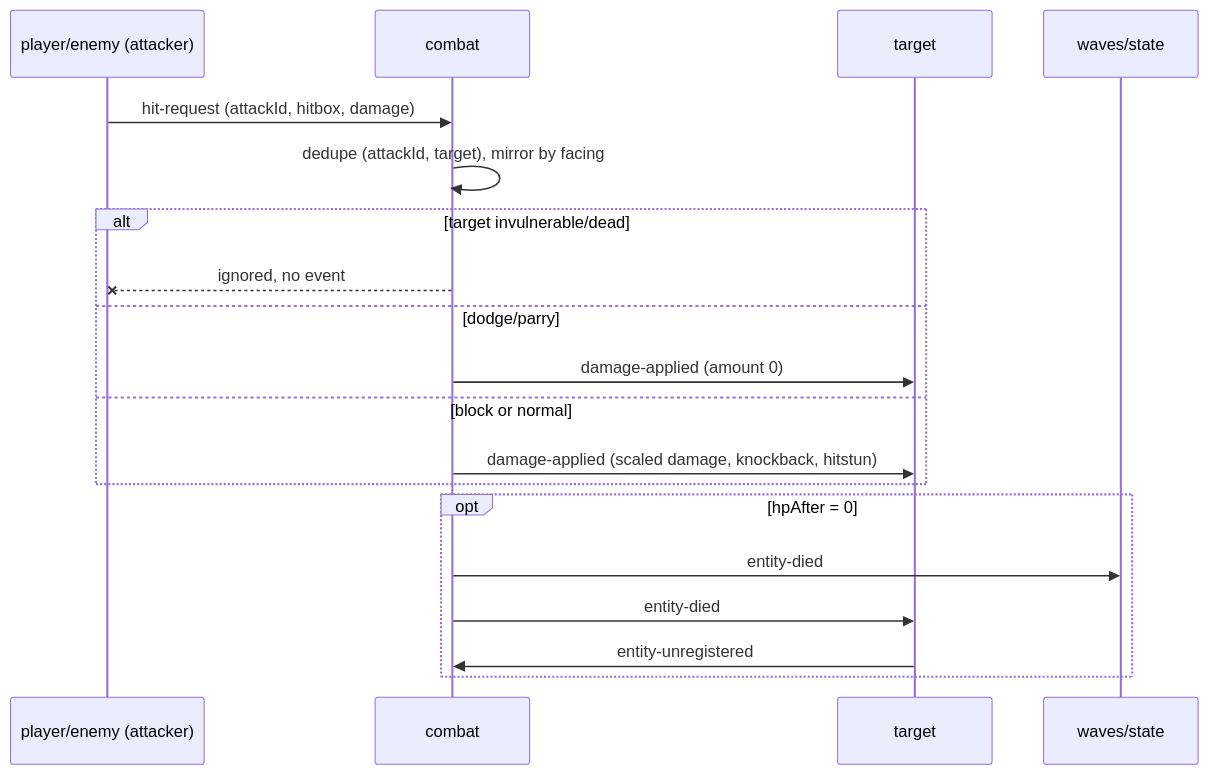
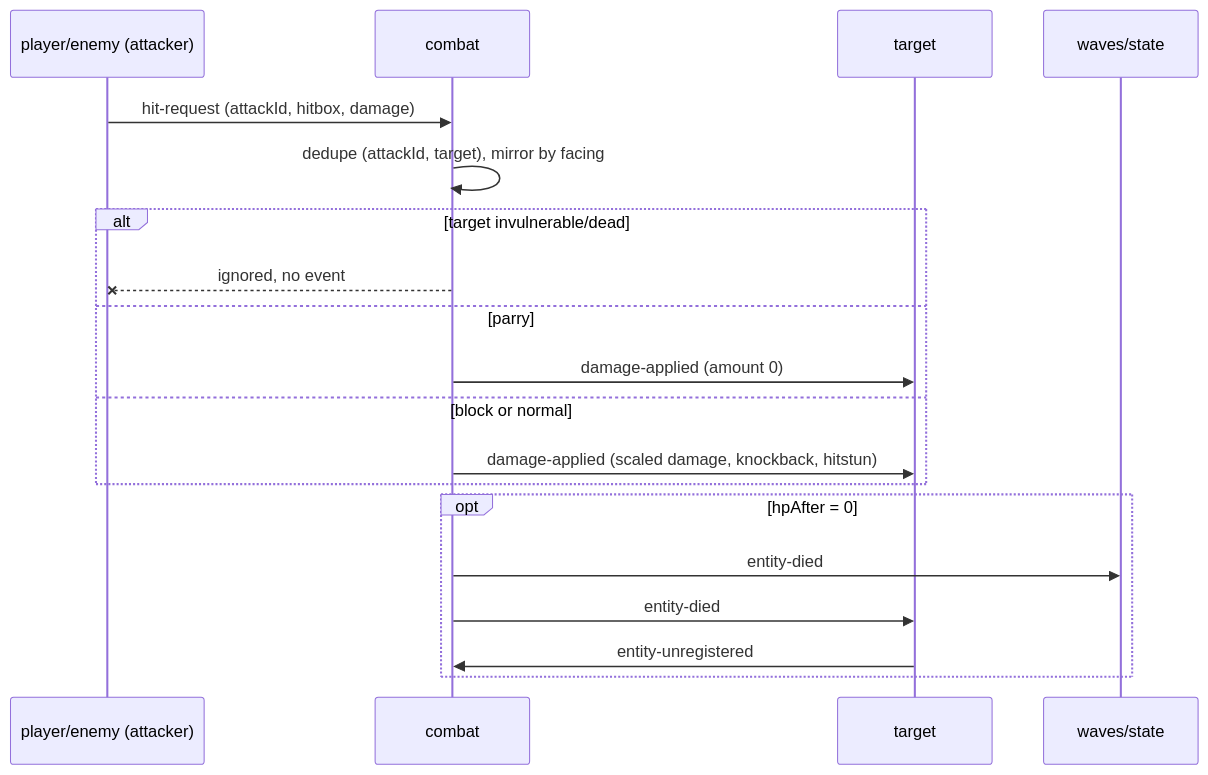
Before and after one commit to raydafunk/Rebillion: the fifth of 6 diagrams in design/team/agent-diagrams.md, drawn with Mermaid. The commit also changed 402 other files, not shown here.

````diff
--- a/design/team/agent-diagrams.md
+++ b/design/team/agent-diagrams.md
@@ -105,21 +105,21 @@
 ```mermaid
 sequenceDiagram
     participant P as player/enemy (attacker)
     participant C as combat
     participant T as target
     participant W as waves/state
     P->>C: hit-request (attackId, hitbox, damage)
     C->>C: dedupe (attackId, target), mirror by facing
     alt target invulnerable/dead
         C--xP: ignored, no event
-    else dodge/parry
+    else parry
         C->>T: damage-applied (amount 0)
     else block or normal
         C->>T: damage-applied (scaled damage, knockback, hitstun)
     end
     opt hpAfter = 0
         C->>W: entity-died
         C->>T: entity-died
         T->>C: entity-unregistered
     end
 ```
````
